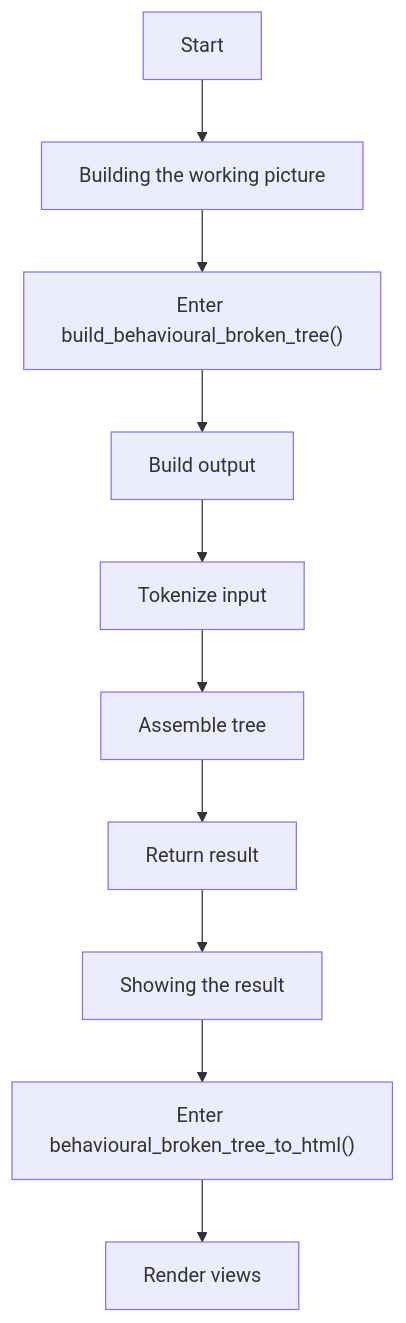
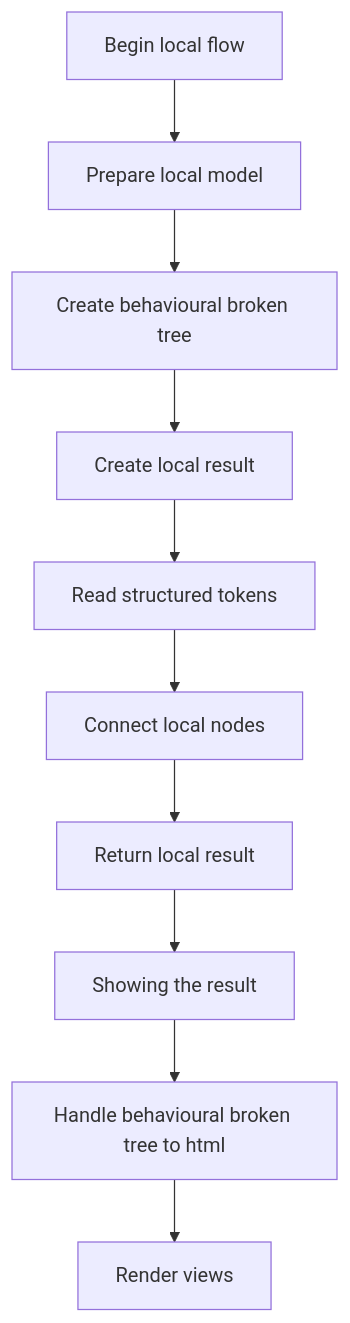
The fourth of 7 diagrams in docs/Codebase/Microservice/Modules/Source/Trees/ClassGeneration/VirtualBroken/Behavioural/tree.cpp.md (JohnAndrewBalbarosa/NeoTerritory), drawn with Mermaid before and after one commit. The commit also changed other lines of this file and 925 other files, not shown here.

````diff
--- a/docs/Codebase/Microservice/Modules/Source/Trees/ClassGeneration/VirtualBroken/Behavioural/tree.cpp.md
+++ b/docs/Codebase/Microservice/Modules/Source/Trees/ClassGeneration/VirtualBroken/Behavioural/tree.cpp.md
@@ -100,22 +99,22 @@
 ```mermaid
 flowchart TD
-    N0["Start"]
-    N1["Building the working picture"]
-    N2["Enter build_behavioural_broken_tree()"]
-    N3["Build output"]
-    N4["Tokenize input"]
-    N5["Assemble tree"]
-    N6["Return result"]
+    N0["Begin local flow"]
+    N1["Prepare local model"]
+    N2["Create behavioural broken tree"]
+    N3["Create local result"]
+    N4["Read structured tokens"]
+    N5["Connect local nodes"]
+    N6["Return local result"]
     N7["Showing the result"]
-    N8["Enter behavioural_broken_tree_to_html()"]
+    N8["Handle behavioural broken tree to html"]
     N9["Render views"]
     N0 --> N1
     N1 --> N2
     N2 --> N3
     N3 --> N4
     N4 --> N5
     N5 --> N6
     N6 --> N7
     N7 --> N8
     N8 --> N9
 ```
````
